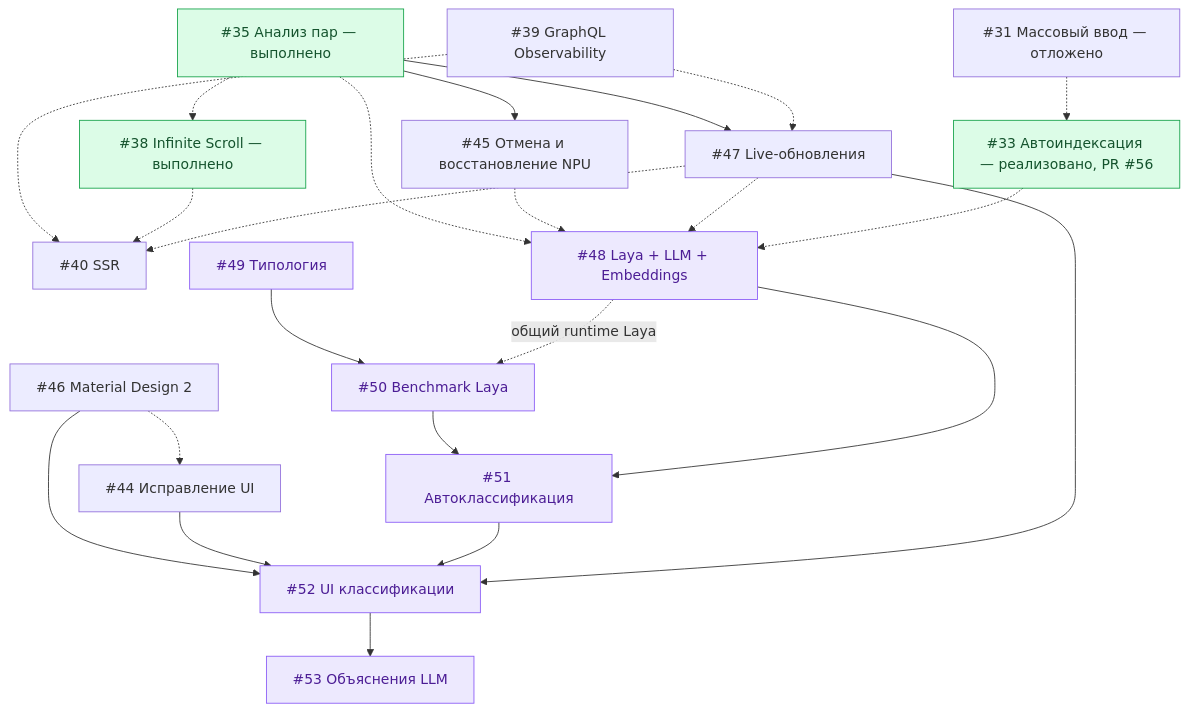
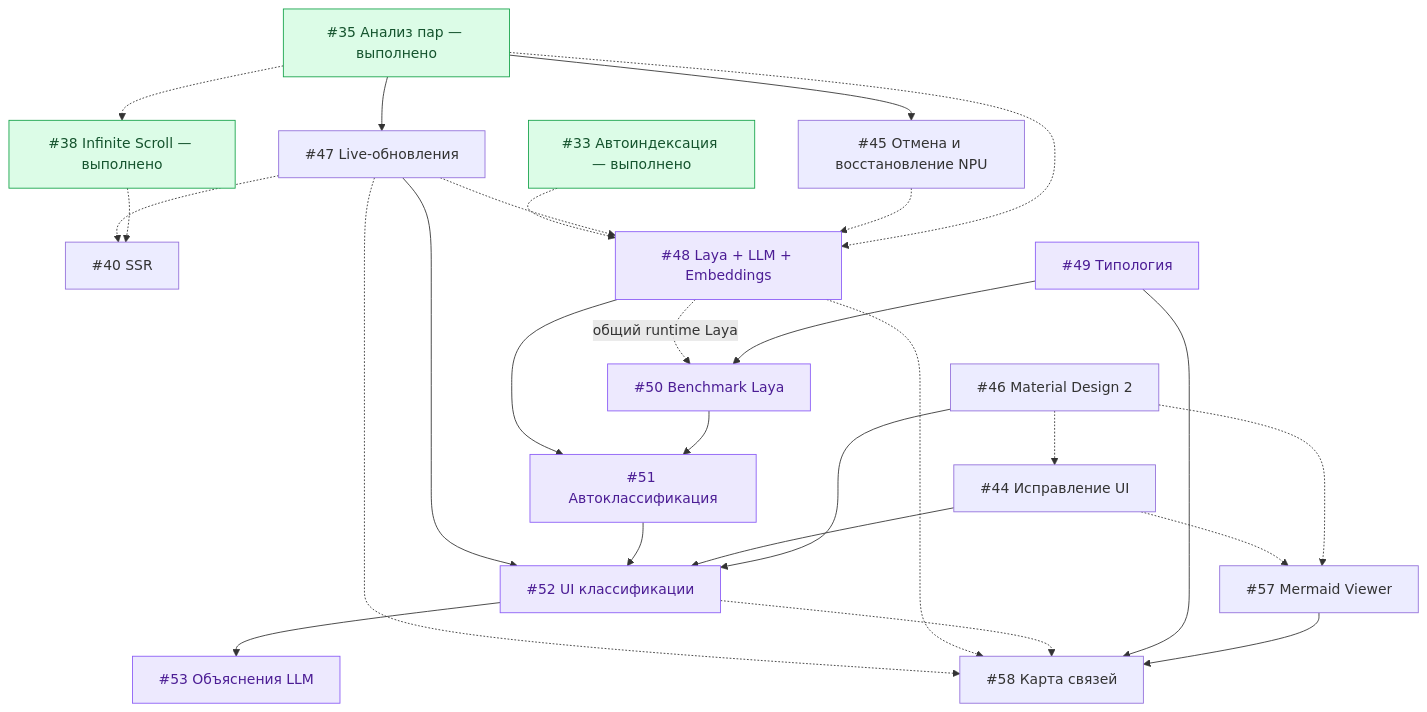
Before and after one commit to VolkovDani/project-creator: the diagram in GOAL.md, drawn with Mermaid. The commit also changed other lines of this file, not shown here.

````diff
--- a/GOAL.md
+++ b/GOAL.md
@@ -188,37 +190,43 @@
 ```mermaid
 flowchart TD
     A["#35 Анализ пар — выполнено"]
     A --> B["#45 Отмена и восстановление NPU"]
     A --> D["#47 Live-обновления"]
     A -.-> G["#38 Infinite Scroll — выполнено"]
 
-    C["#39 GraphQL Observability"] -.-> D
-    C -.-> H["#40 SSR"]
-    G -.-> H
+    G -.-> H["#40 SSR"]
     D -.-> H
 
-    E["#31 Массовый ввод — отложено"] -.-> F["#33 Автоиндексация — реализовано, PR #56"]
+    F["#33 Автоиндексация — выполнено"]
 
     A -.-> I["#48 Laya + LLM + Embeddings"]
     B -.-> I
     D -.-> I
     F -.-> I
 
     J["#49 Типология"] --> K["#50 Benchmark Laya"]
     I -.->|"общий runtime Laya"| K
     K --> L["#51 Автоклассификация"]
     I --> L
 
     M["#46 Material Design 2"] -.-> N["#44 Исправление UI"]
     M --> O["#52 UI классификации"]
     N --> O
     L --> O
     D --> O
 
     O --> P["#53 Объяснения LLM"]
 
+    Q["#57 Mermaid Viewer"] --> R["#58 Карта связей"]
+    J --> R
+    O -.-> R
+    I -.-> R
+    D -.-> R
+    M -.-> Q
+    N -.-> Q
+
     classDef main fill:#dcfce7,stroke:#16a34a,color:#14532d
     classDef ai fill:#ede9fe,stroke:#8b5cf6,color:#4c1d95
     class A,G,F main
     class I,J,K,L,O,P ai
 ```
````
